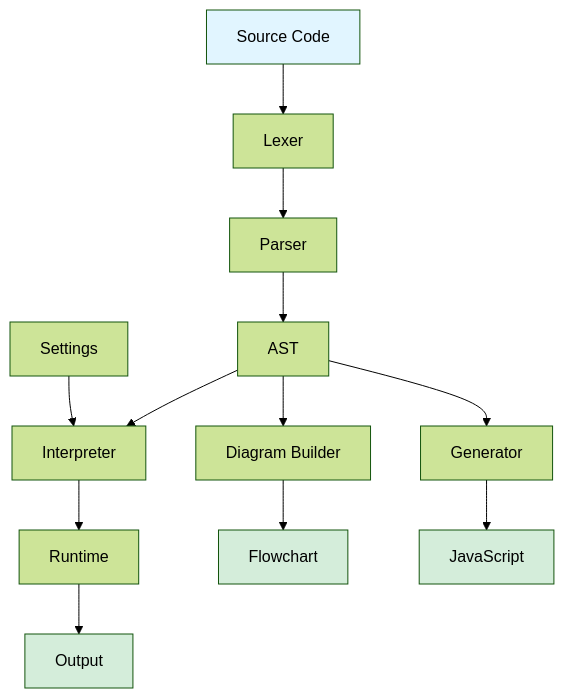
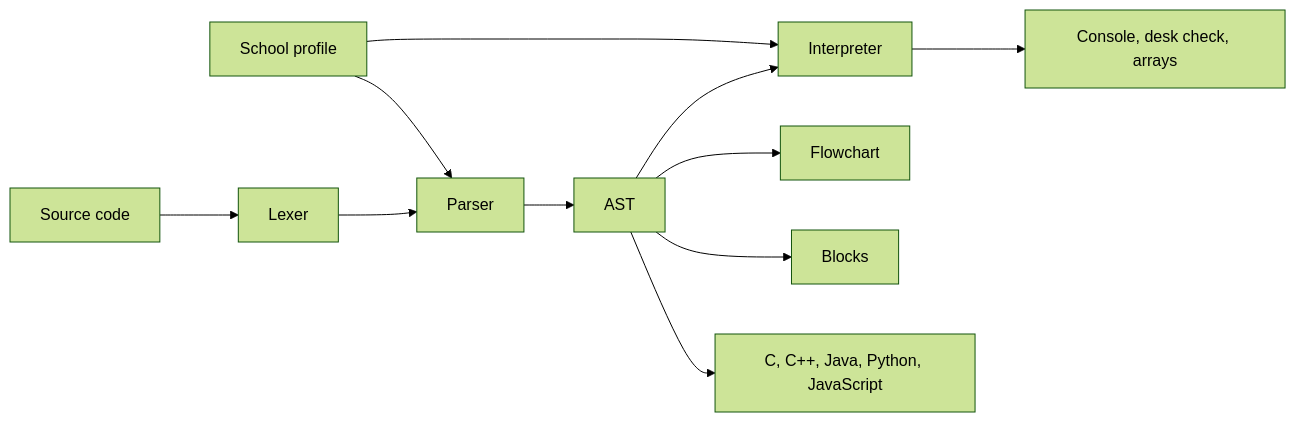
The diagram in README.en.md (kervin5/codoritmo), drawn with Mermaid (forest theme) before and after one commit. The commit also changed other lines of this file and 7 other files, not shown here.

````diff
--- a/README.en.md
+++ b/README.en.md
@@ -128,22 +91,10 @@
 ```mermaid
-graph TD
-    A[Source Code] --> B[Lexer]
-    B --> C[Parser]
-    C --> D[AST]
-    D --> E[Interpreter]
-    E --> F[Runtime]
-    F --> G[Output]
-
-    D --> H[Diagram Builder]
-    H --> I[Flowchart]
-
-    D --> J[Generator]
-    J --> K[JavaScript]
-
-    L[Settings] --> E
-
-    style A fill:#e1f5ff
-    style G fill:#d4edda
-    style I fill:#d4edda
-    style K fill:#d4edda
+graph LR
+    A[Source code] --> B[Lexer] --> C[Parser] --> D[AST]
+    D --> E[Interpreter] --> F[Console, desk check, arrays]
+    D --> G[Flowchart]
+    D --> H[Blocks]
+    D --> I[C, C++, Java, Python, JavaScript]
+    J[School profile] --> C
+    J --> E
 ```
````
